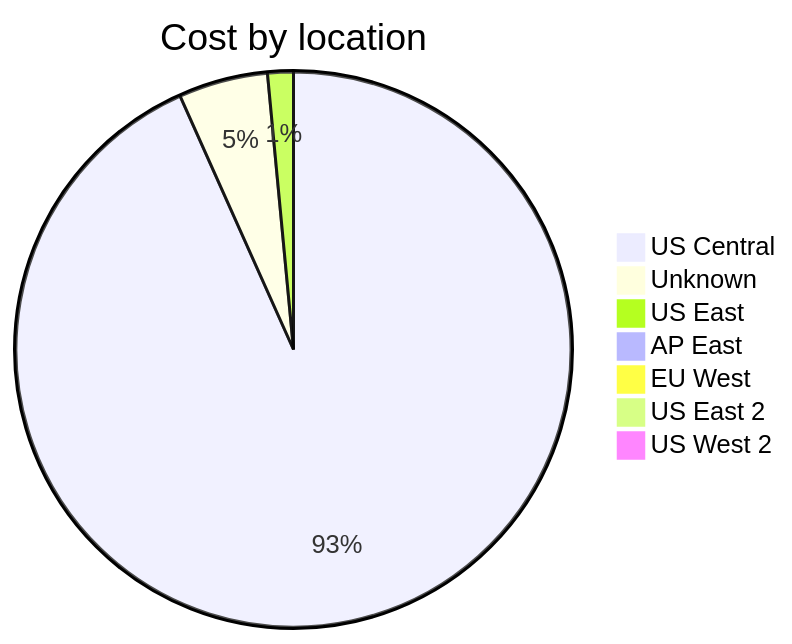
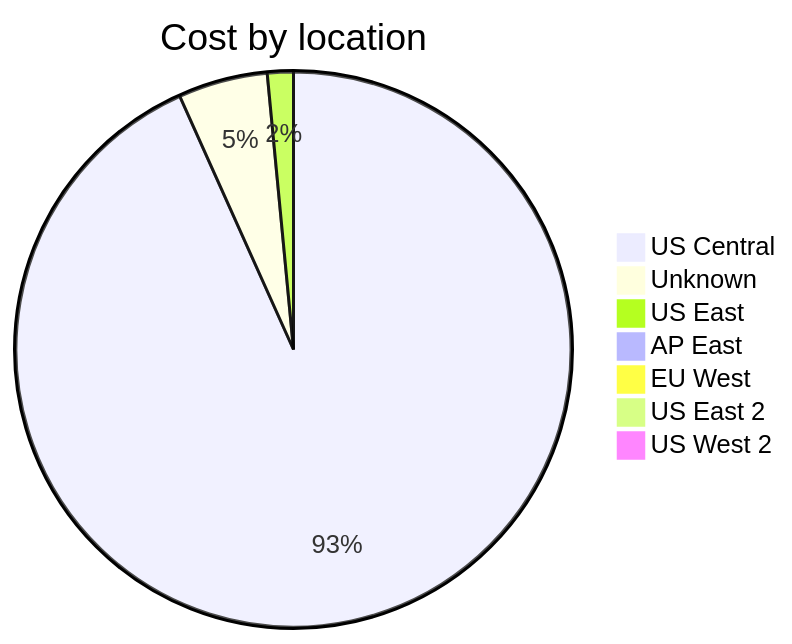
The third of 4 diagrams in cost-reports/accumulated-cost.md (jpfulton/azure-personal-reports), drawn with Mermaid before and after one commit. The commit also changed other lines of this file and 4 other files, not shown here.

````diff
--- a/cost-reports/accumulated-cost.md
+++ b/cost-reports/accumulated-cost.md
@@ -123,11 +123,11 @@
 ```mermaid
 pie
    title Cost by location
-   "US Central" : 10.59
-   "Unknown" : 0.59
-   "US East" : 0.17
+   "US Central" : 11.11
+   "Unknown" : 0.62
+   "US East" : 0.18
    "AP East" : 0.00
    "EU West" : 0.00
    "US East 2" : 0.00
    "US West 2" : 0.00
 ```
````
